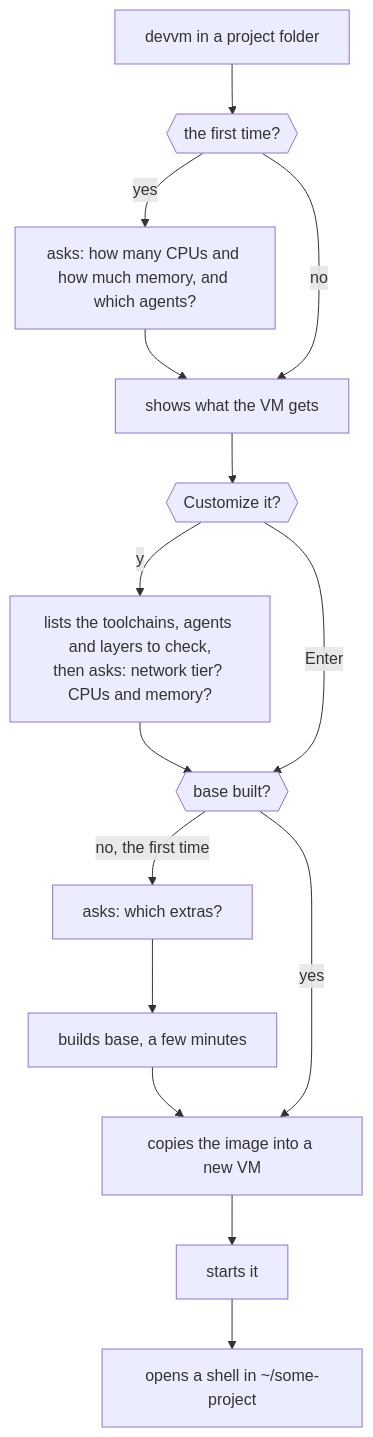
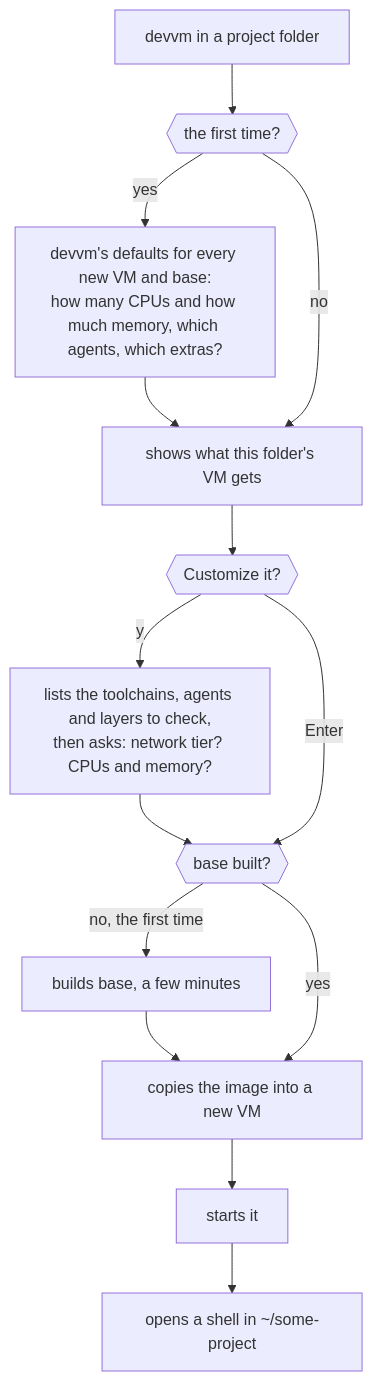
The diagram in docs/content/docs/getting-started/first-vm.md (DustyPolk/devvm), drawn with Mermaid before and after one commit. The commit also changed other lines of this file and 15 other files, not shown here.

First line of the commit message:
fix(vm): devvm's first run asks its defaults and base's features first, then this folder's VM

````diff
--- a/docs/content/docs/getting-started/first-vm.md
+++ b/docs/content/docs/getting-started/first-vm.md
@@ -73,12 +79,12 @@
 ```mermaid
 flowchart TD
   run["devvm in a project folder"] --> first{{"the first time?"}}
-  first -- "yes" --> size["asks: how many CPUs and how much memory, and which agents?"] --> summary
-  first -- "no" --> summary["shows what the VM gets"]
+  first -- "yes" --> size["devvm's defaults for every new VM and base:<br>how many CPUs and how much memory, which agents, which extras?"] --> summary
+  first -- "no" --> summary["shows what this folder's VM gets"]
   summary --> custom{{"Customize it?"}}
   custom -- "y" --> pick["lists the toolchains, agents and layers to check,<br>then asks: network tier? CPUs and memory?"] --> built
   custom -- "Enter" --> built{{"base built?"}}
-  built -- "no, the first time" --> extras["asks: which extras?"] --> build["builds base, a few minutes"] --> copy
+  built -- "no, the first time" --> build["builds base, a few minutes"] --> copy
   built -- "yes" --> copy["copies the image into a new VM"]
   copy --> start["starts it"] --> shell["opens a shell in ~/some-project"]
 ```
````
